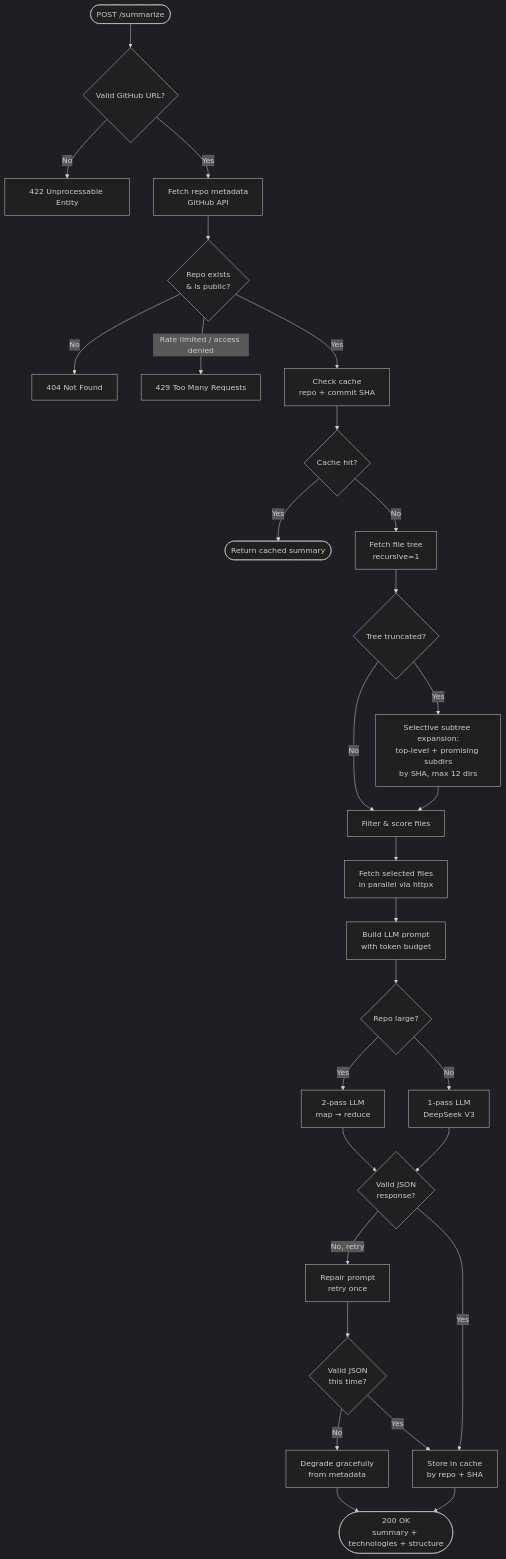
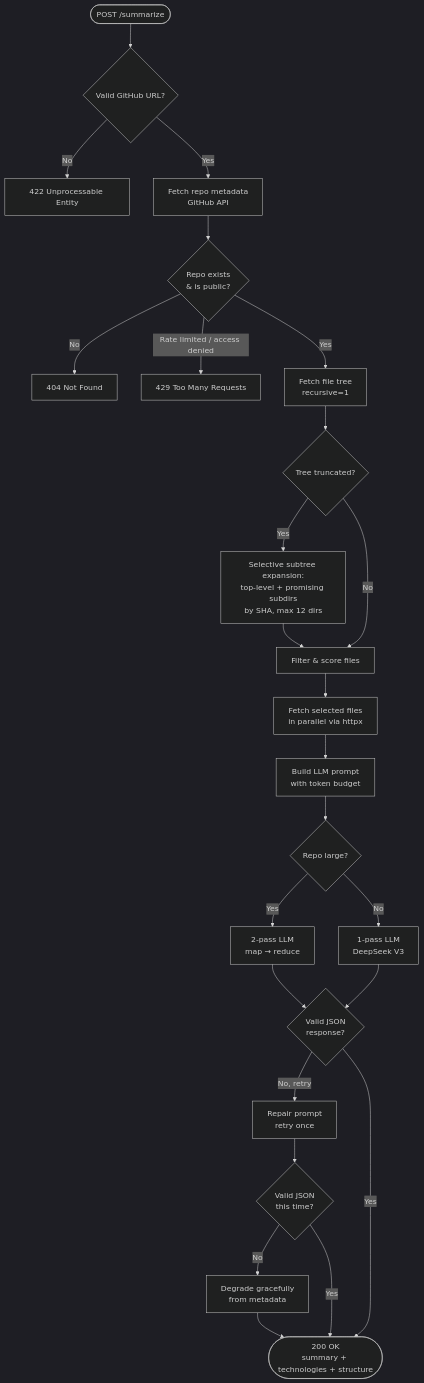
Before and after one commit to paffon/RepoSummarizer2: the first of 5 diagrams in docs/flow.md, drawn with Mermaid (dark theme). The commit also changed other lines of this file and 9 other files, not shown here.

````diff
--- a/docs/flow.md
+++ b/docs/flow.md
@@ -7,31 +7,28 @@
 ```mermaid
 flowchart TD
     A([POST /summarize]) --> B{Valid GitHub URL?}
     B -- No --> ERR422[422 Unprocessable Entity]
     B -- Yes --> C[Fetch repo metadata<br>GitHub API]
     C --> D{Repo exists<br>& is public?}
     D -- No --> ERR404[404 Not Found]
     D -- Rate limited / access denied --> ERR429[429 Too Many Requests]
-    D -- Yes --> E[Check cache<br>repo + commit SHA]
-    E --> F{Cache hit?}
-    F -- Yes --> CACHED([Return cached summary])
-    F -- No --> G[Fetch file tree<br>recursive=1]
+    D -- Yes --> G[Fetch file tree<br>recursive=1]
     G --> H{Tree truncated?}
     H -- Yes --> I[Selective subtree expansion:<br>top-level + promising subdirs<br>by SHA, max 12 dirs]
     H -- No --> J[Filter & score files]
     I --> J
     J --> K[Fetch selected files<br>in parallel via httpx]
     K --> L[Build LLM prompt<br>with token budget]
     L --> M{Repo large?}
     M -- Yes --> N[2-pass LLM<br>map → reduce]
     M -- No --> O[1-pass LLM<br>DeepSeek V3]
     N --> P{Valid JSON<br>response?}
     O --> P
     P -- No, retry --> Q[Repair prompt<br>retry once]
     Q --> R{Valid JSON<br>this time?}
     R -- No --> DEGRADE[Degrade gracefully<br>from metadata]
-    R -- Yes --> S[Store in cache<br>by repo + SHA]
-    P -- Yes --> S
+    R -- Yes --> RESP
+    P -- Yes --> RESP
     DEGRADE --> RESP
-    S --> RESP([200 OK<br>summary + technologies + structure])
+    RESP([200 OK<br>summary + technologies + structure])
 ```
````
